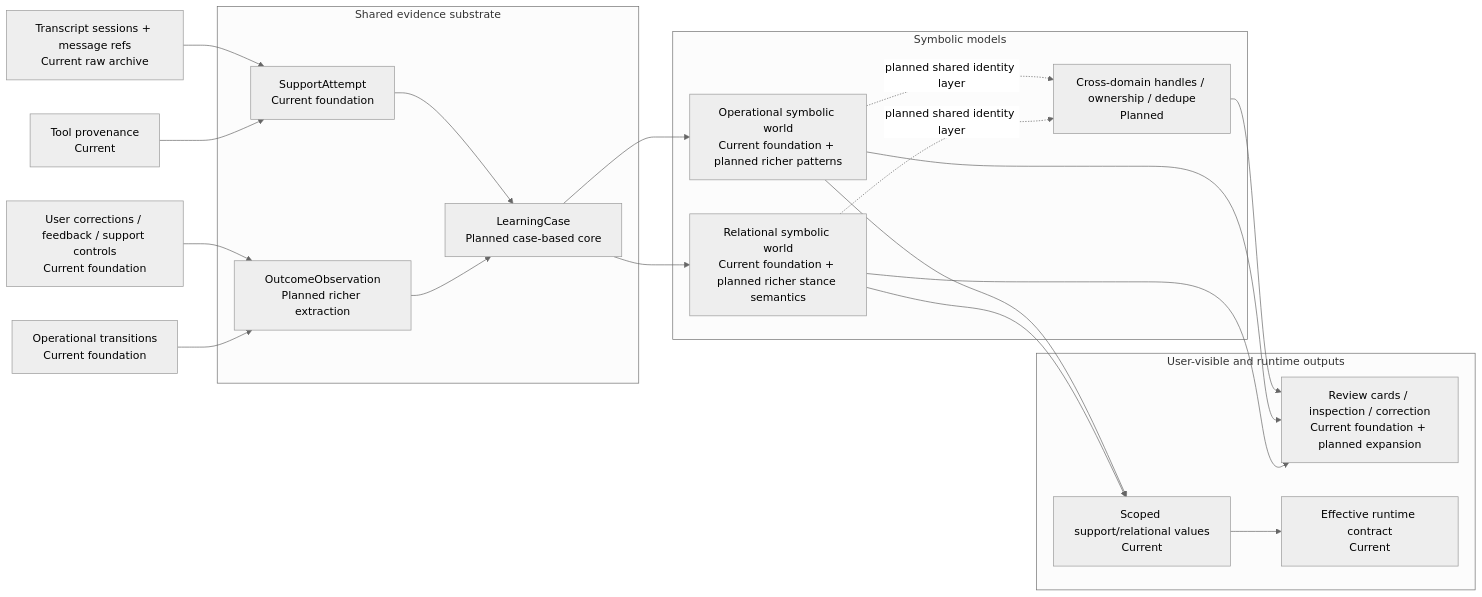
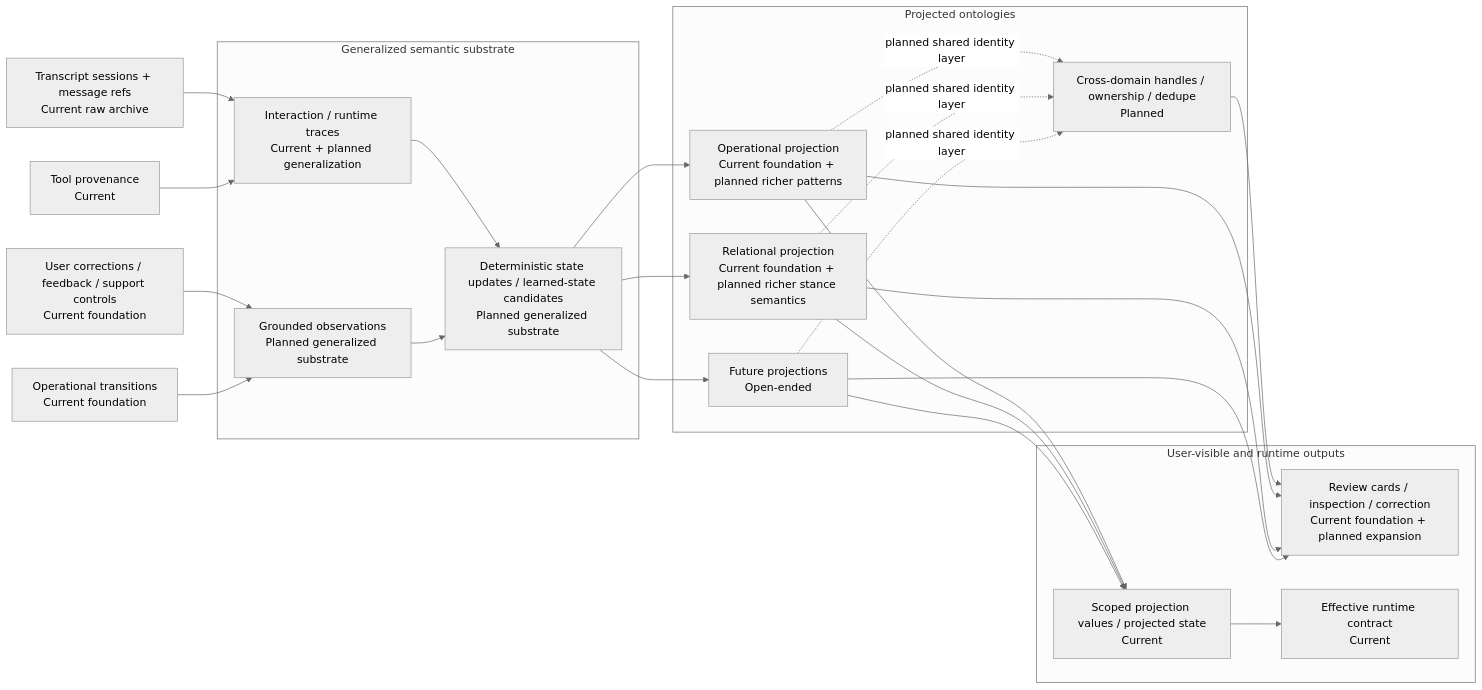
The sixth of 10 diagrams in docs/architecture/alfred-architecture-diagrams.md (jeremysball/alfred), drawn with Mermaid (neutral theme) before and after one commit. The commit also changed 18 other files, not shown here.

First line of the commit message:
docs(architecture): define semantic runtime substrate

````diff
--- a/docs/architecture/alfred-architecture-diagrams.md
+++ b/docs/architecture/alfred-architecture-diagrams.md
@@ -254,44 +254,49 @@
 ```mermaid
 flowchart LR
     transcript[Transcript sessions + message refs<br>Current raw archive]
     toolprov[Tool provenance<br>Current]
     feedback[User corrections / feedback / support controls<br>Current foundation]
     transitions[Operational transitions<br>Current foundation]
 
-    subgraph substrate[Shared evidence substrate]
-        attempt[SupportAttempt<br>Current foundation]
-        observation[OutcomeObservation<br>Planned richer extraction]
-        lcase[LearningCase<br>Planned case-based core]
+    subgraph substrate[Generalized semantic substrate]
+        traces[Interaction / runtime traces<br>Current + planned generalization]
+        observations[Grounded observations<br>Planned generalized substrate]
+        updates[Deterministic state updates / learned-state candidates<br>Planned generalized substrate]
     end
 
-    subgraph models[Symbolic models]
-        operational[Operational symbolic world<br>Current foundation + planned richer patterns]
-        relational[Relational symbolic world<br>Current foundation + planned richer stance semantics]
+    subgraph models[Projected ontologies]
+        operational[Operational projection<br>Current foundation + planned richer patterns]
+        relational[Relational projection<br>Current foundation + planned richer stance semantics]
+        future[Future projections<br>Open-ended]
         handles[Cross-domain handles / ownership / dedupe<br>Planned]
     end
 
     subgraph outputs[User-visible and runtime outputs]
-        values[Scoped support/relational values<br>Current]
+        values[Scoped projection values / projected state<br>Current]
         review[Review cards / inspection / correction<br>Current foundation + planned expansion]
         runtime[Effective runtime contract<br>Current]
     end
 
-    transcript --> attempt
-    toolprov --> attempt
-    feedback --> observation
-    transitions --> observation
-    attempt --> lcase
-    observation --> lcase
+    transcript --> traces
+    toolprov --> traces
+    feedback --> observations
+    transitions --> observations
+    traces --> updates
+    observations --> updates
 
-    lcase --> operational
-    lcase --> relational
+    updates --> operational
+    updates --> relational
+    updates --> future
     operational -. planned shared identity layer .-> handles
     relational -. planned shared identity layer .-> handles
+    future -. planned shared identity layer .-> handles
 
     operational --> values
     relational --> values
+    future --> values
     values --> runtime
     handles --> review
     operational --> review
     relational --> review
+    future --> review
 ```
````
